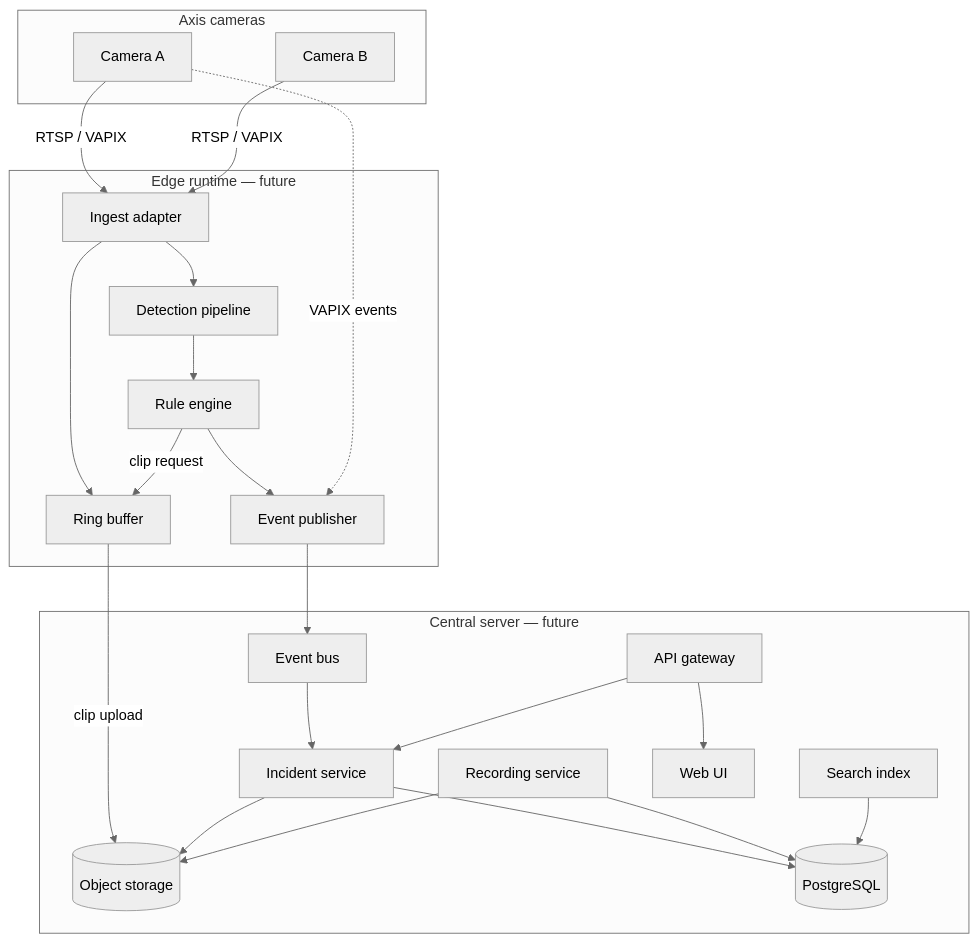
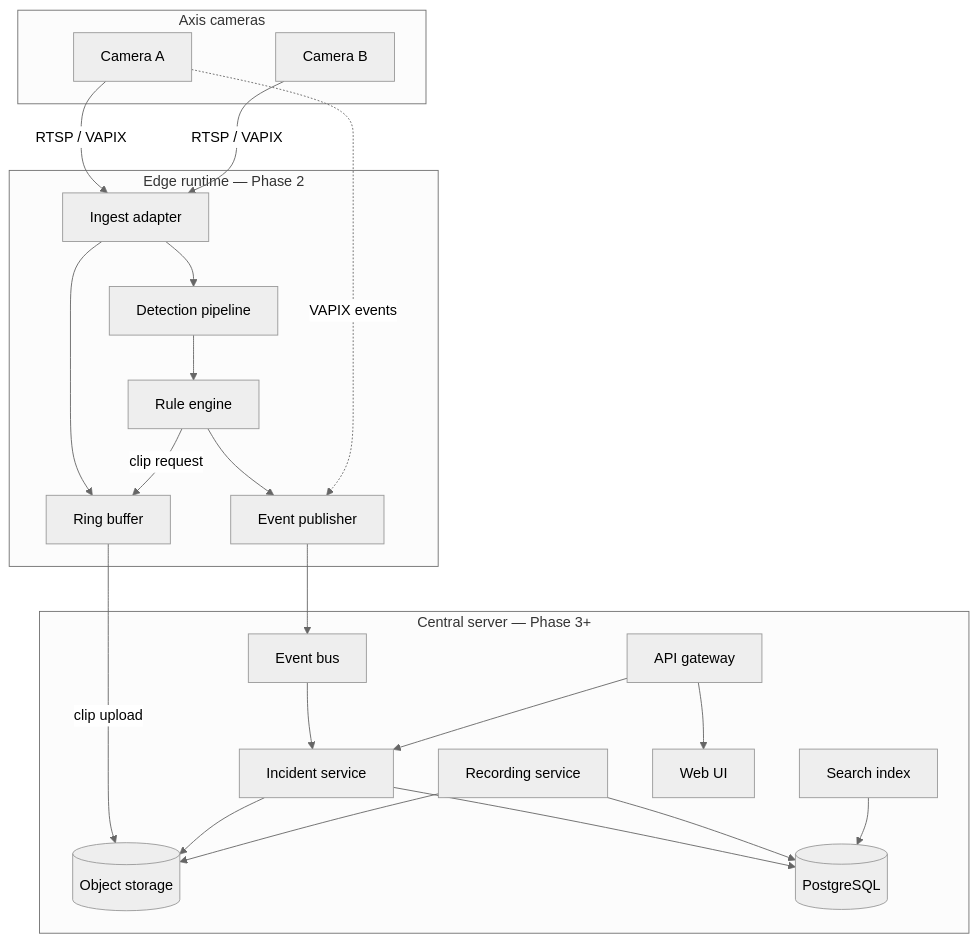
Before and after one commit to thomasdanielsson731/smart_vms: the second of 2 diagrams in docs/architecture/overview.md, drawn with Mermaid (neutral theme). The commit also changed other lines of this file and 63 other files, not shown here.

First line of the commit message:
Add AI-native context layer, recording quota health, and architecture doc sync.

````diff
--- a/docs/architecture/overview.md
+++ b/docs/architecture/overview.md
@@ -53,43 +91,43 @@
 ```mermaid
 flowchart TB
   subgraph Cameras["Axis cameras"]
     AX1[Camera A]
     AX2[Camera B]
   end
 
-  subgraph Edge["Edge runtime — future"]
+  subgraph Edge["Edge runtime — Phase 2"]
     ING[Ingest adapter]
     DET[Detection pipeline]
     RULE[Rule engine]
     RING[Ring buffer]
     PUB[Event publisher]
     ING --> DET --> RULE
     ING --> RING
     RULE --> PUB
     RULE -->|clip request| RING
   end
 
-  subgraph Server["Central server — future"]
+  subgraph Server["Central server — Phase 3+"]
     API[API gateway]
     BUS[Event bus]
     INC[Incident service]
     REC[Recording service]
     IDX[Search index]
     OBJ[(Object storage)]
     DB[(PostgreSQL)]
     WEB[Web UI]
   end
 
   AX1 -->|RTSP / VAPIX| ING
   AX2 -->|RTSP / VAPIX| ING
   AX1 -.->|VAPIX events| PUB
   PUB --> BUS
   RING -->|clip upload| OBJ
   BUS --> INC --> DB
   INC --> OBJ
   REC --> OBJ
   REC --> DB
   API --> WEB
   API --> INC
   IDX --> DB
 ```
````
